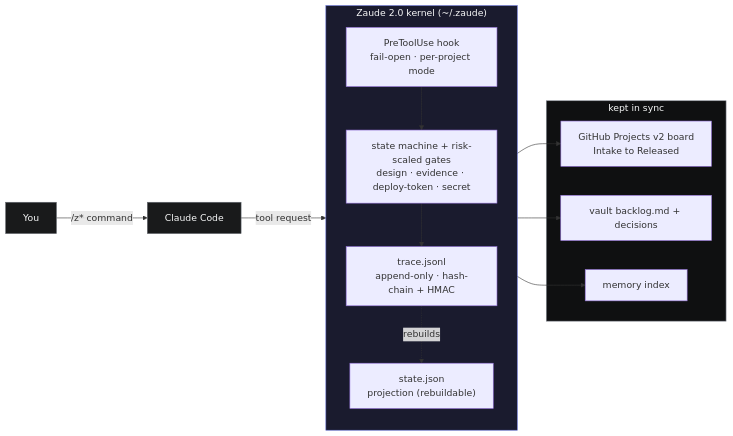
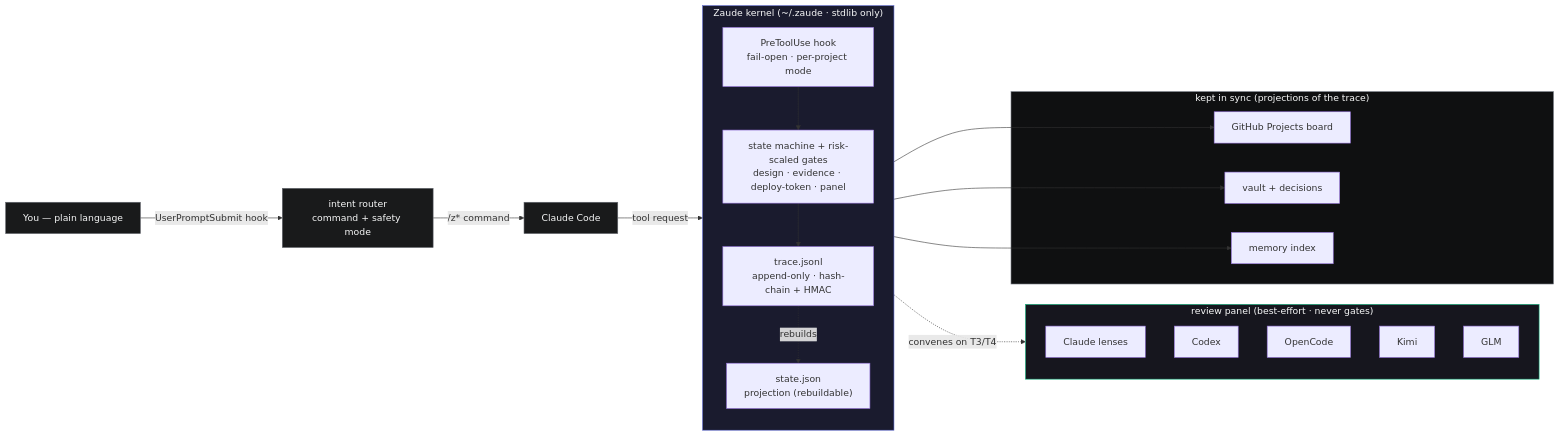
Before and after one commit to ziadmomen10/zaude: the diagram in README.md, drawn with Mermaid. The commit also changed other lines of this file and 1 other file, not shown here.

First line of the commit message:
docs: rewrite README + add Zaude 3 CHANGELOG entry (new-user onboarding, 5-seat panel)

````diff
--- a/README.md
+++ b/README.md
@@ -121,30 +177,34 @@
 ```mermaid
 flowchart LR
-    U["You"] -->|/z* command| CC["Claude Code"]
+    U["You — plain language"] -->|UserPromptSubmit hook| R["intent router<br/>command + safety mode"]
+    R -->|/z* command| CC["Claude Code"]
     CC -->|tool request| K
 
-    subgraph K["Zaude 2.0 kernel (~/.zaude)"]
+    subgraph K["Zaude kernel (~/.zaude · stdlib only)"]
       direction TB
       HOOK["PreToolUse hook<br/>fail-open · per-project mode"]
-      SM["state machine + risk-scaled gates<br/>design · evidence · deploy-token · secret"]
+      SM["state machine + risk-scaled gates<br/>design · evidence · deploy-token · panel"]
       TR["trace.jsonl<br/>append-only · hash-chain + HMAC"]
       ST["state.json<br/>projection (rebuildable)"]
     end
-
     HOOK --> SM --> TR
     TR -.rebuilds.-> ST
 
-    subgraph OUT["kept in sync"]
-      GH["GitHub Projects v2 board<br/>Intake to Released"]
-      VA["vault backlog.md + decisions"]
-      ME["memory index"]
+    subgraph P["review panel (best-effort · never gates)"]
+      direction TB
+      CL["Claude lenses"]; CX["Codex"]; OC["OpenCode"]; KI["Kimi"]; GL["GLM"]
     end
-    TR --> GH
-    TR --> VA
-    TR --> ME
+    SM -.convenes on T3/T4.-> P
+
+    subgraph OUT["kept in sync (projections of the trace)"]
+      GH["GitHub Projects board"]; VA["vault + decisions"]; ME["memory index"]
+    end
+    TR --> GH & VA & ME
 
     style K fill:#1a1b2e,stroke:#5e6ad2,color:#f7f8f8
+    style P fill:#16161e,stroke:#10b981,color:#f7f8f8
     style OUT fill:#0f1011,stroke:#8a8f98,color:#f7f8f8
     style CC fill:#191a1b,stroke:#62666d,color:#f7f8f8
+    style R fill:#191a1b,stroke:#62666d,color:#f7f8f8
     style U fill:#191a1b,stroke:#62666d,color:#f7f8f8
 ```
````
